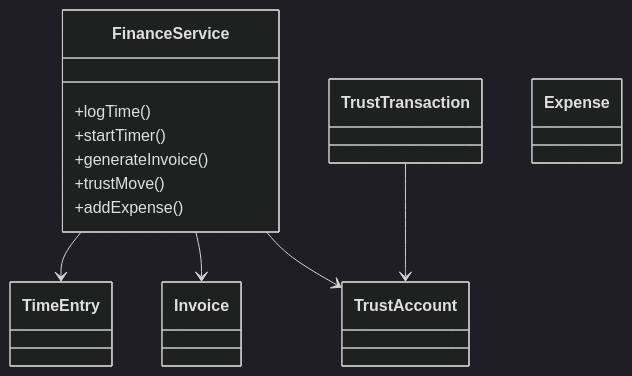
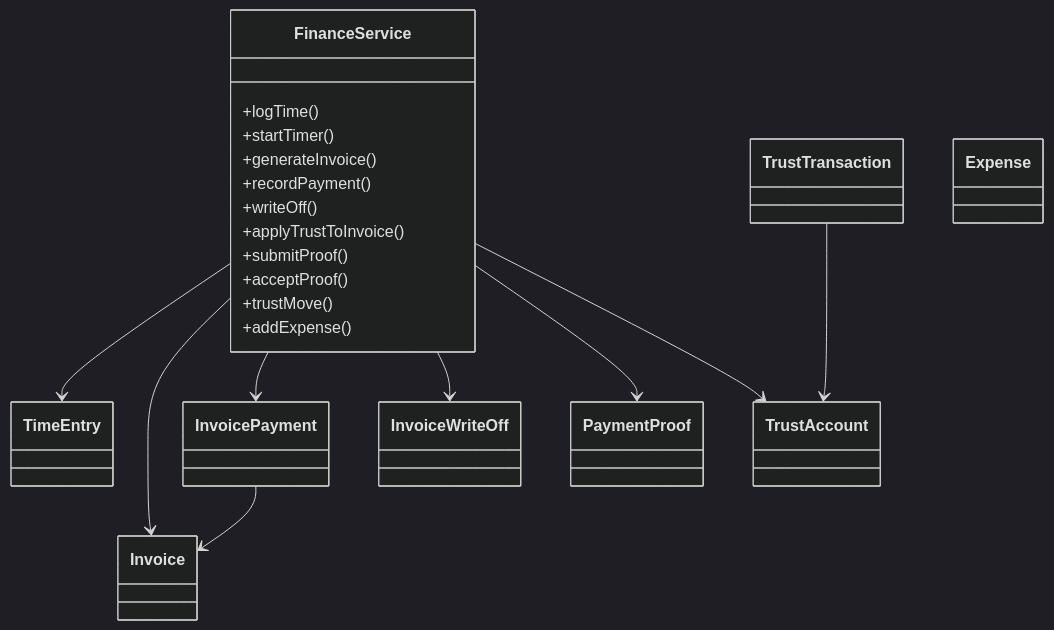
The third of 6 diagrams in docs/class-diagrams.md (Immortal8725/LegalSuite-Pro), drawn with Mermaid (dark theme) before and after one commit. The commit also changed 19 other files, not shown here.

First line of the commit message:
Record fee payments, write-offs, trust-to-fee, and proof of payment.

````diff
--- a/docs/class-diagrams.md
+++ b/docs/class-diagrams.md
@@ -77,19 +77,31 @@
 ```mermaid
 classDiagram
     class FinanceService {
         +logTime()
         +startTimer()
         +generateInvoice()
+        +recordPayment()
+        +writeOff()
+        +applyTrustToInvoice()
+        +submitProof()
+        +acceptProof()
         +trustMove()
         +addExpense()
     }
     class TimeEntry
     class Invoice
+    class InvoicePayment
+    class InvoiceWriteOff
+    class PaymentProof
     class TrustAccount
     class TrustTransaction
     class Expense
     FinanceService --> TimeEntry
     FinanceService --> Invoice
+    FinanceService --> InvoicePayment
+    FinanceService --> InvoiceWriteOff
+    FinanceService --> PaymentProof
     FinanceService --> TrustAccount
+    InvoicePayment --> Invoice
     TrustTransaction --> TrustAccount
 ```
````
